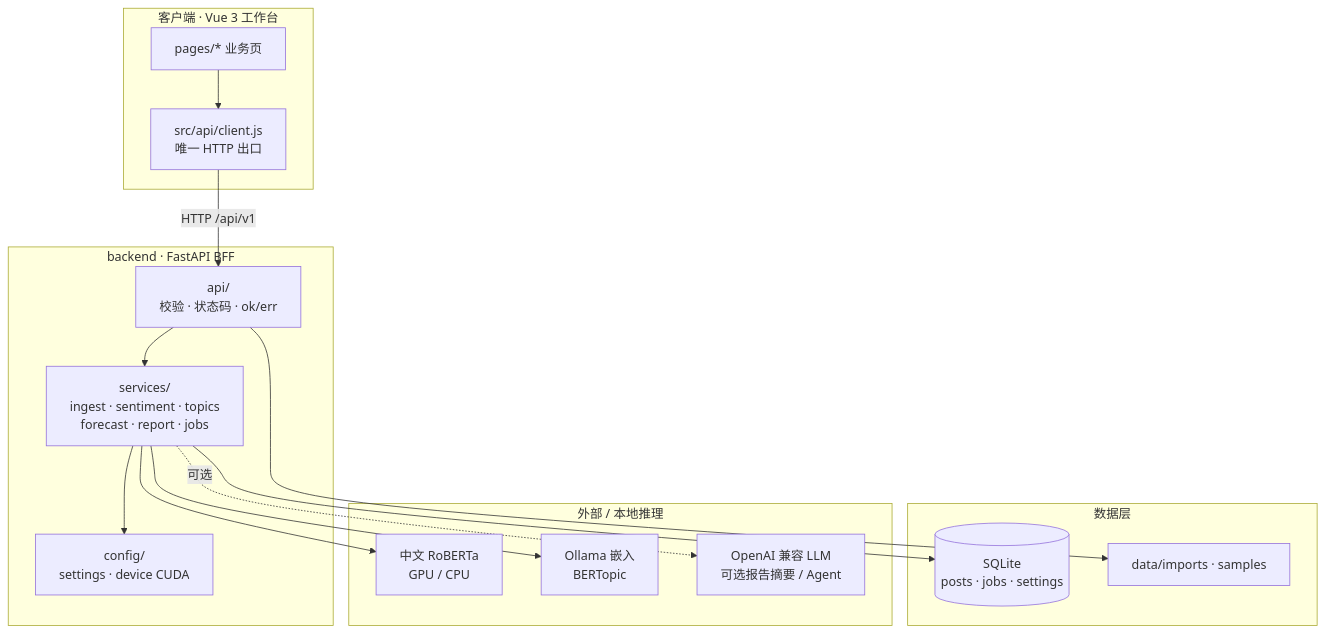
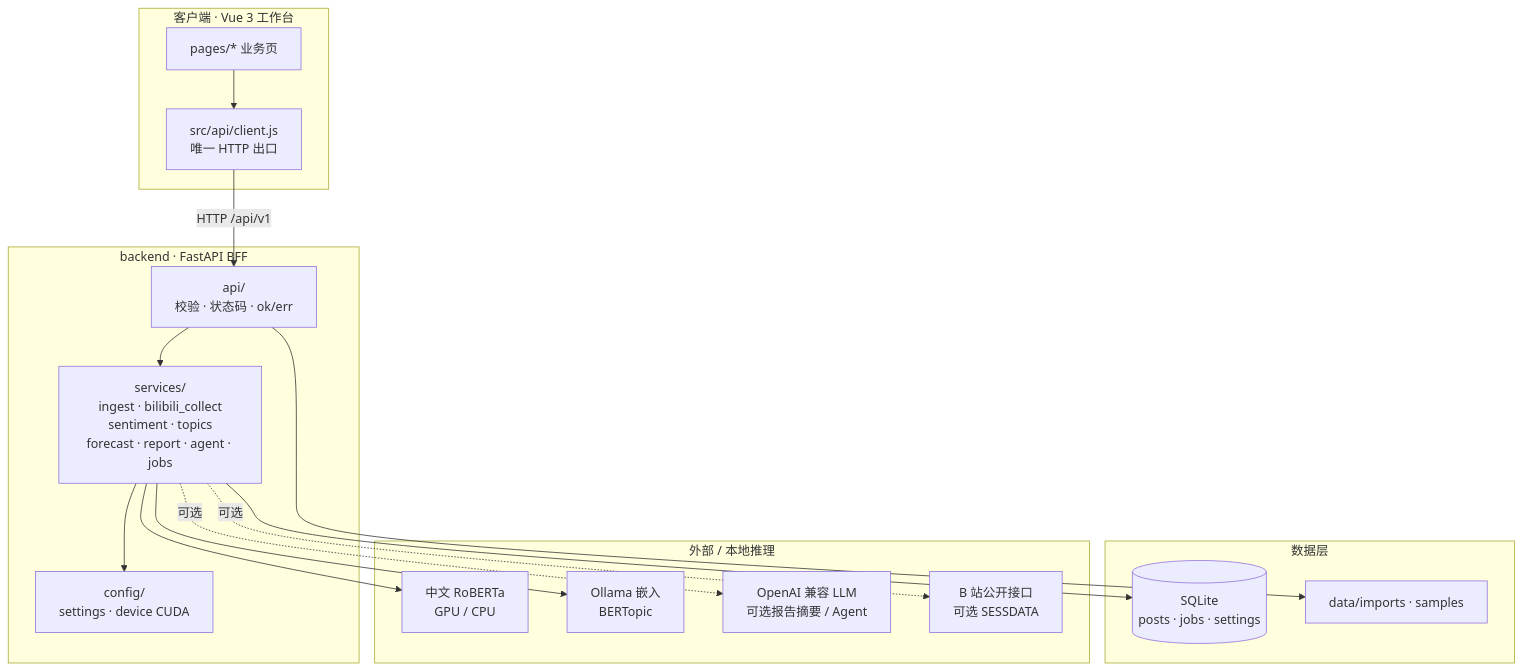
One commit to LinJJ12/yuqing changed the ninth of 13 diagrams in docs/diagrams.md. Above: the diagram before and after it, drawn with Mermaid. The commit also changed other lines of this file and 21 other files, not shown here.

````diff
--- a/docs/diagrams.md
+++ b/docs/diagrams.md
@@ -179,34 +206,36 @@
 ```mermaid
 flowchart TB
     subgraph Client["客户端 · Vue 3 工作台"]
         Pages[pages/* 业务页]
         ApiFE[src/api/client.js<br/>唯一 HTTP 出口]
         Pages --> ApiFE
     end
 
     subgraph BFF["backend · FastAPI BFF"]
         API[api/<br/>校验 · 状态码 · ok/err]
-        SVC[services/<br/>ingest · sentiment · topics<br/>forecast · report · jobs]
+        SVC[services/<br/>ingest · bilibili_collect<br/>sentiment · topics<br/>forecast · report · agent · jobs]
         CFG[config/<br/>settings · device CUDA]
         API --> SVC
         SVC --> CFG
     end
 
     subgraph Data["数据层"]
         DB[(SQLite<br/>posts · jobs · settings)]
         FS[data/imports · samples]
     end
 
     subgraph Ext["外部 / 本地推理"]
         BERT[中文 RoBERTa<br/>GPU / CPU]
         OLL[Ollama 嵌入<br/>BERTopic]
         DS[OpenAI 兼容 LLM<br/>可选报告摘要 / Agent]
+        BILI[B 站公开接口<br/>可选 SESSDATA]
     end
 
     ApiFE -->|HTTP /api/v1| API
     SVC --> DB
     API --> FS
     SVC --> BERT
     SVC --> OLL
     SVC -.->|可选| DS
+    SVC -.->|可选| BILI
 ```
````
